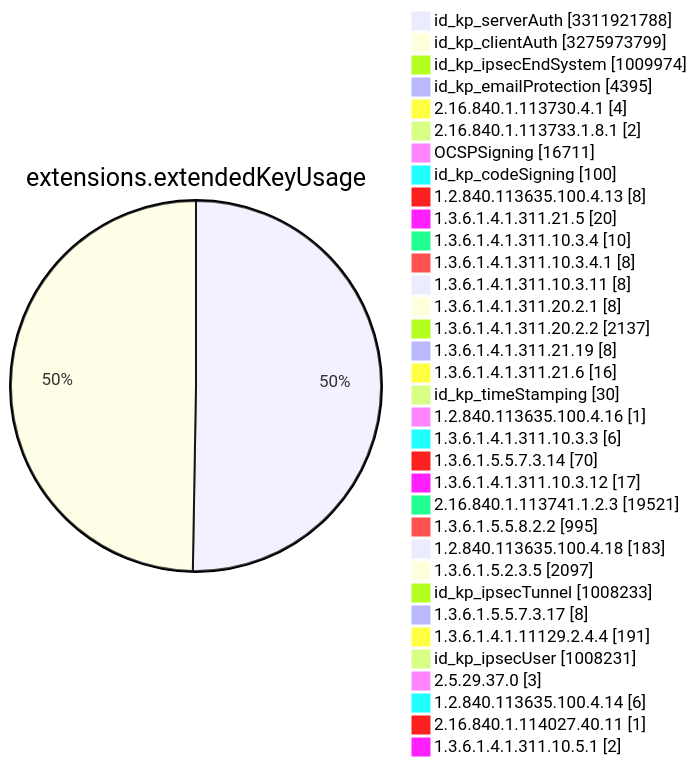
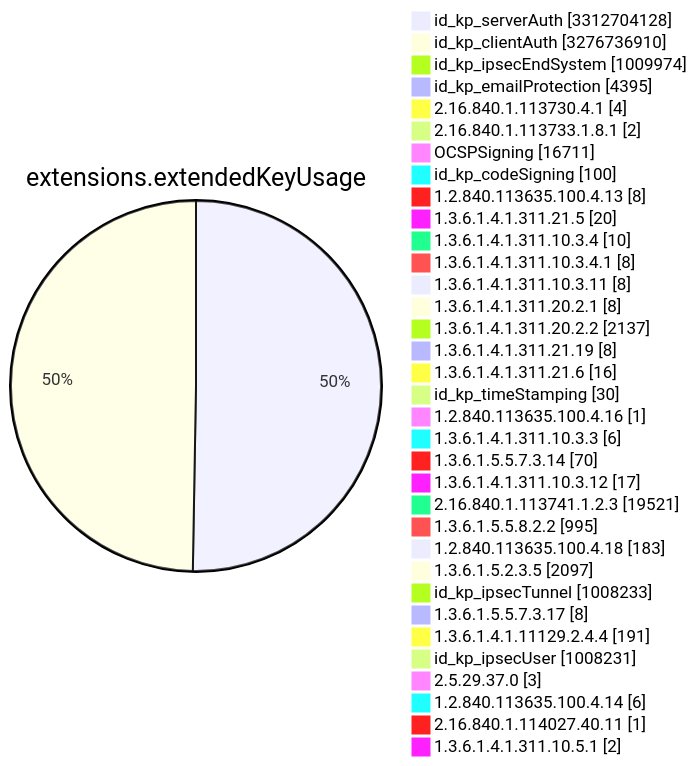
One commit to christiankrug/ctmonitor_visualization changed diagram 11 of 15 in TOTAL/README.md. Above: the diagram before and after it, drawn with Mermaid. The commit also changed other lines of this file, not shown here.

````diff
--- a/TOTAL/README.md
+++ b/TOTAL/README.md
@@ -4120,38 +4120,38 @@
 ```mermaid
 pie showData
 title extensions.extendedKeyUsage
-"id_kp_serverAuth" :3311921788
-"id_kp_clientAuth" :3275973799
+"id_kp_serverAuth" :3312704128
+"id_kp_clientAuth" :3276736910
 "id_kp_ipsecEndSystem" :1009974
 "id_kp_emailProtection" :4395
 "2.16.840.1.113730.4.1" :4
 "2.16.840.1.113733.1.8.1" :2
 "OCSPSigning" :16711
 "id_kp_codeSigning" :100
 "1.2.840.113635.100.4.13" :8
 "1.3.6.1.4.1.311.21.5" :20
 "1.3.6.1.4.1.311.10.3.4" :10
 "1.3.6.1.4.1.311.10.3.4.1" :8
 "1.3.6.1.4.1.311.10.3.11" :8
 "1.3.6.1.4.1.311.20.2.1" :8
 "1.3.6.1.4.1.311.20.2.2" :2137
 "1.3.6.1.4.1.311.21.19" :8
 "1.3.6.1.4.1.311.21.6" :16
 "id_kp_timeStamping" :30
 "1.2.840.113635.100.4.16" :1
 "1.3.6.1.4.1.311.10.3.3" :6
 "1.3.6.1.5.5.7.3.14" :70
 "1.3.6.1.4.1.311.10.3.12" :17
 "2.16.840.1.113741.1.2.3" :19521
 "1.3.6.1.5.5.8.2.2" :995
 "1.2.840.113635.100.4.18" :183
 "1.3.6.1.5.2.3.5" :2097
 "id_kp_ipsecTunnel" :1008233
 "1.3.6.1.5.5.7.3.17" :8
 "1.3.6.1.4.1.11129.2.4.4" :191
 "id_kp_ipsecUser" :1008231
 "2.5.29.37.0" :3
 "1.2.840.113635.100.4.14" :6
 "2.16.840.1.114027.40.11" :1
 "1.3.6.1.4.1.311.10.5.1" :2
 ```
````
